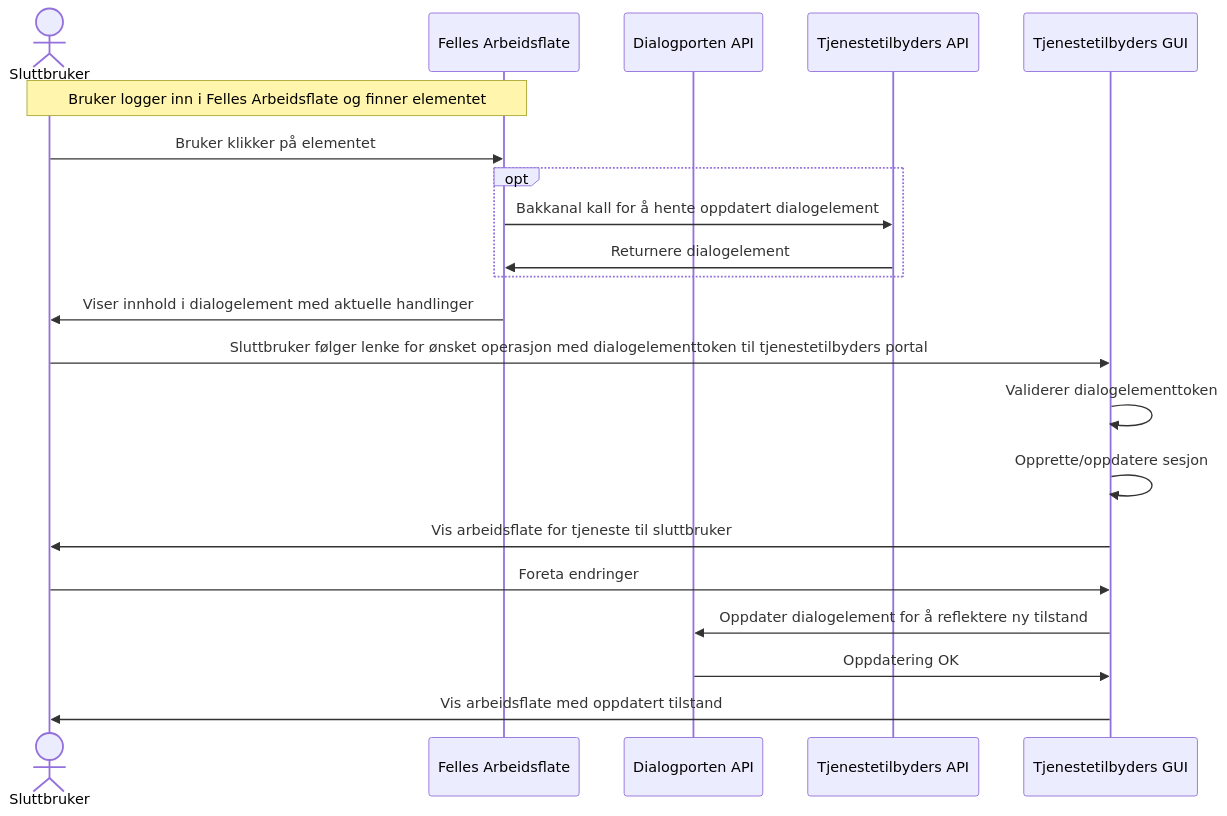
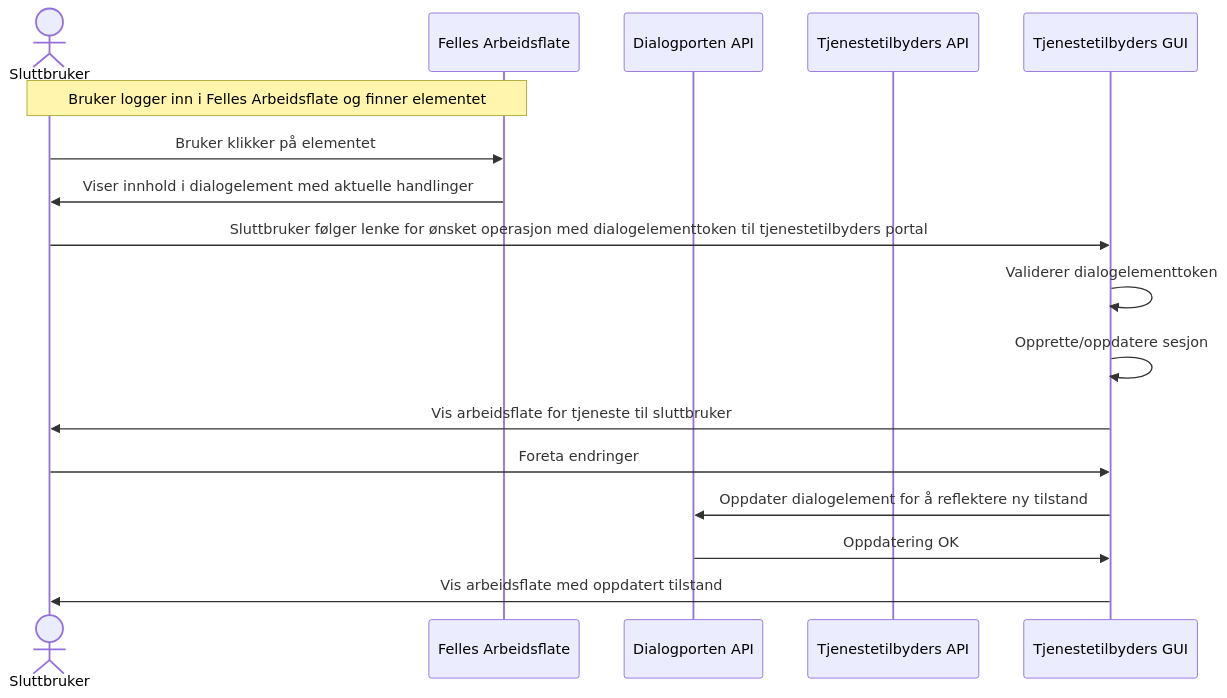
The second of 6 diagrams in dialogporten.md (elsand/elsand.github.io), drawn with Mermaid before and after one commit. The commit also changed other lines of this file, not shown here.

Commit message:
Fix oversight, remove lookup calls from diagrams

````diff
--- a/dialogporten.md
+++ b/dialogporten.md
@@ -327,23 +327,19 @@
 ```mermaid!
 sequenceDiagram
     actor SB as Sluttbruker
     participant GUI as Felles Arbeidsflate
     participant API as Dialogporten API
     participant TEAPI as Tjenestetilbyders API
     participant TEGUI as Tjenestetilbyders GUI
 note over SB,GUI: Bruker logger inn i Felles Arbeidsflate og finner elementet
 SB->>GUI: Bruker klikker på elementet
-opt
-    GUI->>TEAPI: Bakkanal kall for å hente oppdatert dialogelement
-    TEAPI->>GUI: Returnere dialogelement
-end
 GUI->>SB: Viser innhold i dialogelement med aktuelle handlinger
 SB->>TEGUI: Sluttbruker følger lenke for ønsket operasjon med dialogelementtoken til tjenestetilbyders portal
     TEGUI->>TEGUI: Validerer dialogelementtoken
 TEGUI->>TEGUI: Opprette/oppdatere sesjon
 TEGUI->>SB: Vis arbeidsflate for tjeneste til sluttbruker
 SB->>TEGUI: Foreta endringer
 TEGUI->>API: Oppdater dialogelement for å reflektere ny tilstand
 API->>TEGUI: Oppdatering OK
 TEGUI->>SB: Vis arbeidsflate med oppdatert tilstand
 ```
````
